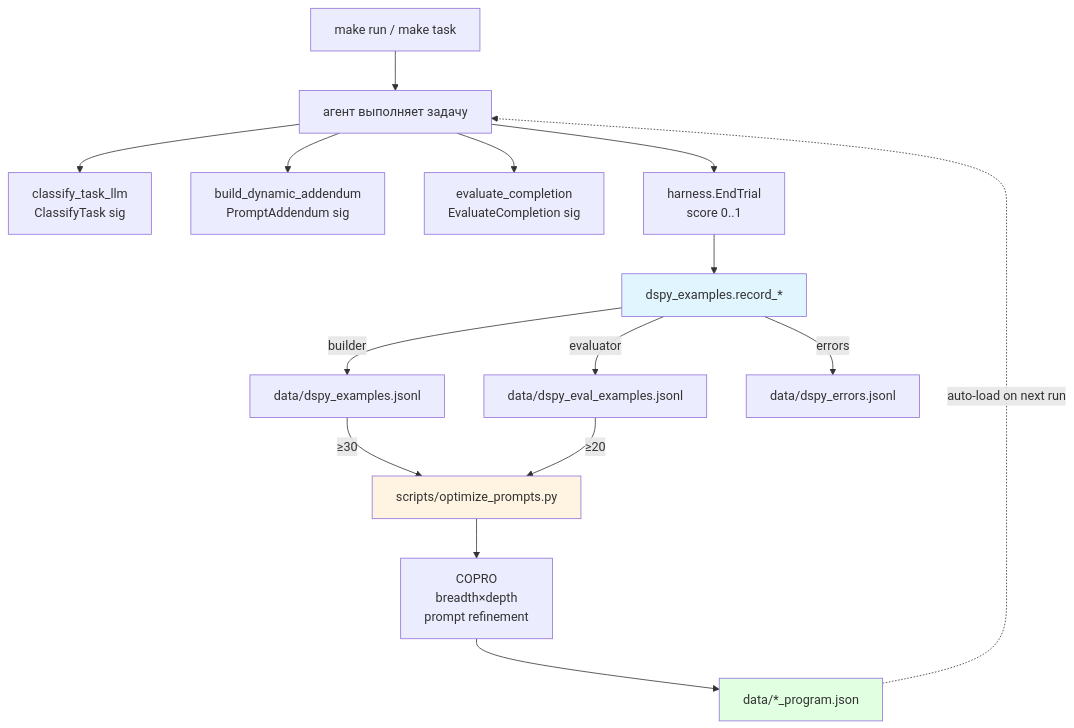
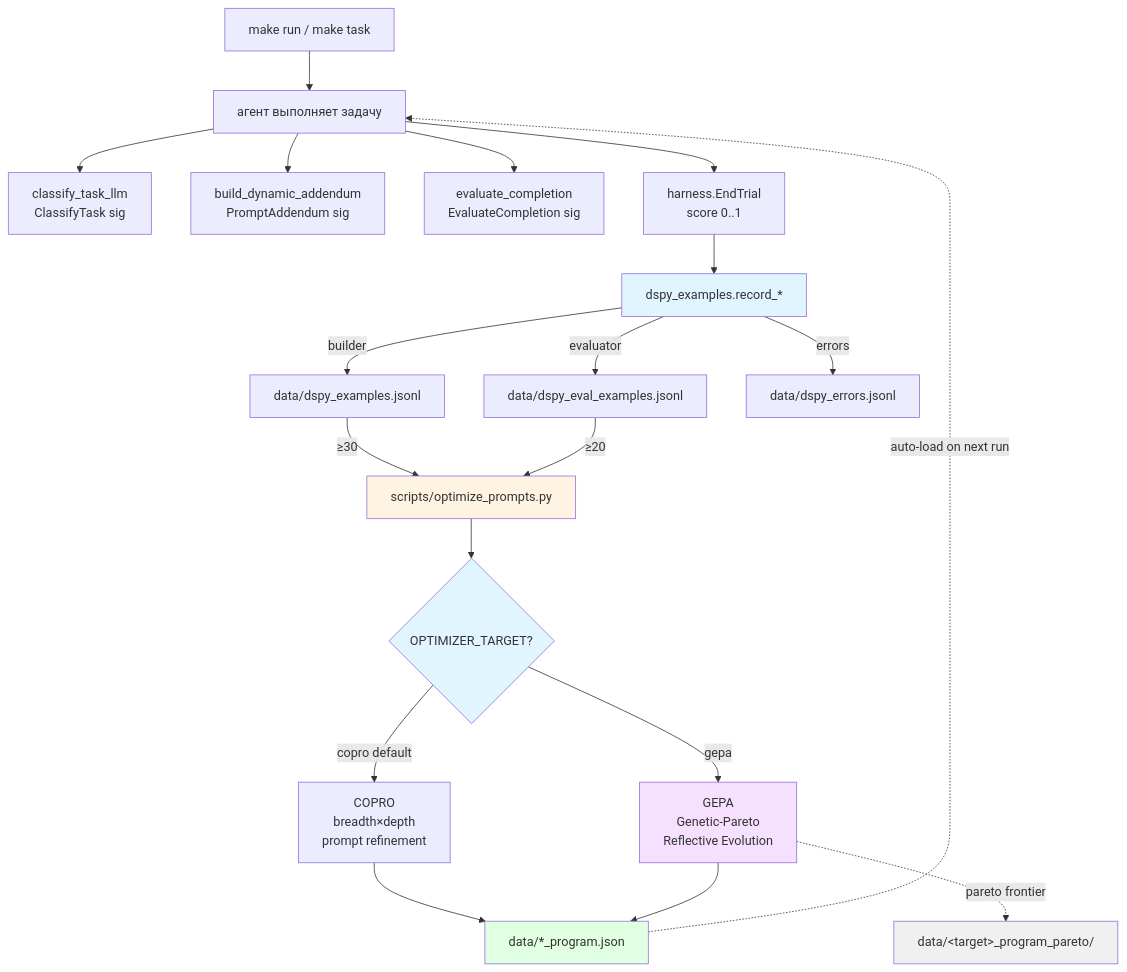
Before and after one commit to ikeniborn/pac1-tool: the first of 8 diagrams in docs/architecture/04-dspy-optimization.md, drawn with Mermaid. The commit also changed other lines of this file, not shown here.

Commit message:
docs(arch): update 04 — add GEPA branch to diagram and contract phase DSPy section

````diff
--- a/docs/architecture/04-dspy-optimization.md
+++ b/docs/architecture/04-dspy-optimization.md
@@ -7,28 +7,35 @@
 ```mermaid
 flowchart TB
     Run[make run / make task] --> Agent[агент выполняет задачу]
 
     Agent --> Classifier[classify_task_llm<br/>ClassifyTask sig]
     Agent --> Builder[build_dynamic_addendum<br/>PromptAddendum sig]
     Agent --> Evaluator[evaluate_completion<br/>EvaluateCompletion sig]
 
     Agent --> Score[harness.EndTrial<br/>score 0..1]
 
     Score --> Record[dspy_examples.record_*]
 
     Record -->|builder| BuilderEx[data/dspy_examples.jsonl]
     Record -->|evaluator| EvalEx[data/dspy_eval_examples.jsonl]
     Record -->|errors| ErrEx[data/dspy_errors.jsonl]
 
     BuilderEx -->|≥30| Optimize[scripts/optimize_prompts.py]
     EvalEx -->|≥20| Optimize
 
-    Optimize --> Copro[COPRO<br/>breadth×depth<br/>prompt refinement]
+    Optimize --> BackendSel{OPTIMIZER_TARGET?}
+    BackendSel -->|copro default| Copro[COPRO<br/>breadth×depth<br/>prompt refinement]
+    BackendSel -->|gepa| Gepa[GEPA<br/>Genetic-Pareto<br/>Reflective Evolution]
     Copro --> Compiled[data/*_program.json]
+    Gepa --> Compiled
+    Gepa -.pareto frontier.-> Pareto["data/&lt;target&gt;_program_pareto/"]
 
     Compiled -.auto-load on next run.-> Agent
 
     style Record fill:#e1f5ff
     style Optimize fill:#fff4e1
     style Compiled fill:#e1ffe1
+    style BackendSel fill:#e1f5ff
+    style Gepa fill:#f5e1ff
+    style Pareto fill:#f0f0f0
 ```
````
